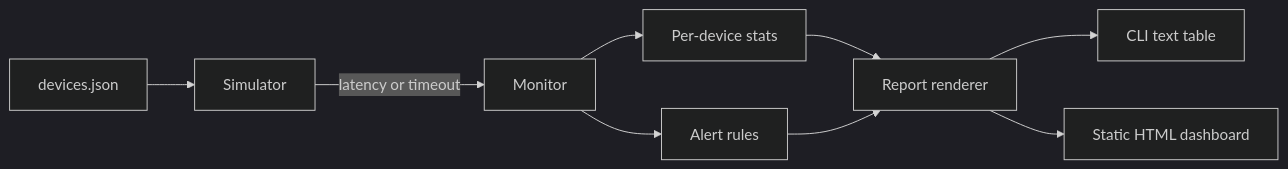
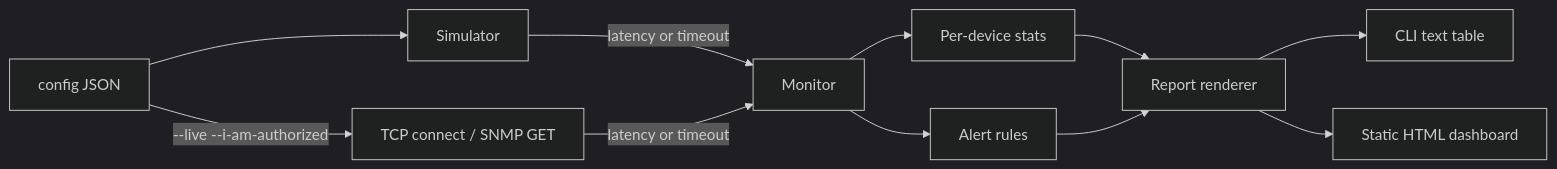
Before and after one commit to AJJudkins/network-monitoring-dashboard: the diagram in README.md, drawn with Mermaid (dark theme). The commit also changed other lines of this file and 7 other files, not shown here.

Commit message:
Add read-only live TCP/SNMP checks, config validation, rate limits, CI and security notes

````diff
--- a/README.md
+++ b/README.md
@@ -11,11 +13,13 @@
 ```mermaid
 flowchart LR
-    C[devices.json] --> S[Simulator]
+    C[config JSON] --> S[Simulator]
+    C -->|--live --i-am-authorized| L[TCP connect / SNMP GET]
     S -->|latency or timeout| M[Monitor]
+    L -->|latency or timeout| M
     M --> ST[Per-device stats]
     M --> A[Alert rules]
     ST --> R[Report renderer]
     A --> R
     R --> T[CLI text table]
     R --> H[Static HTML dashboard]
 ```
````
